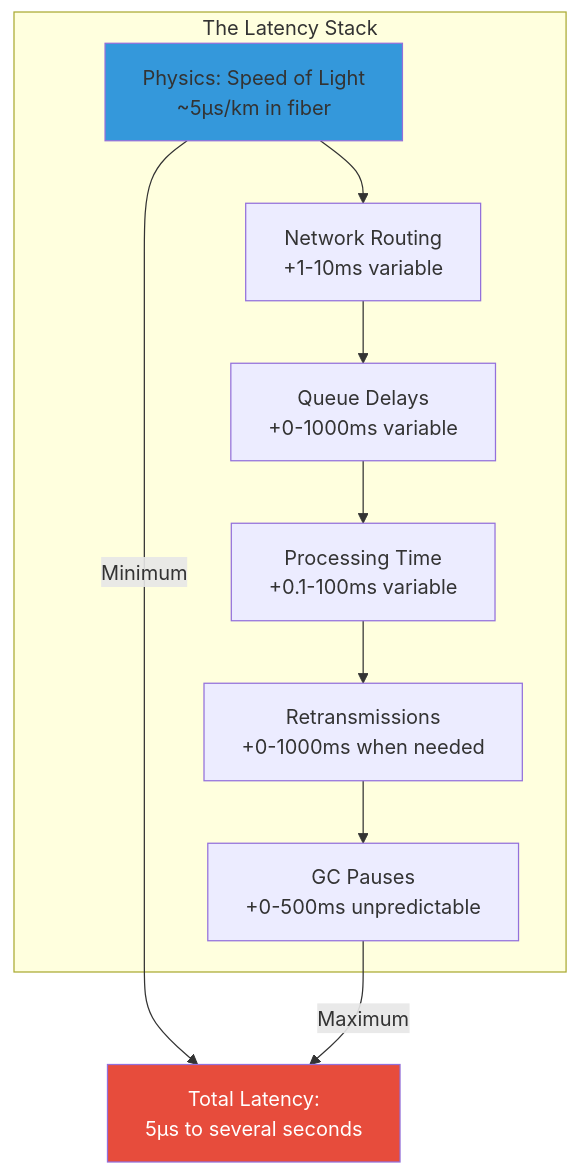
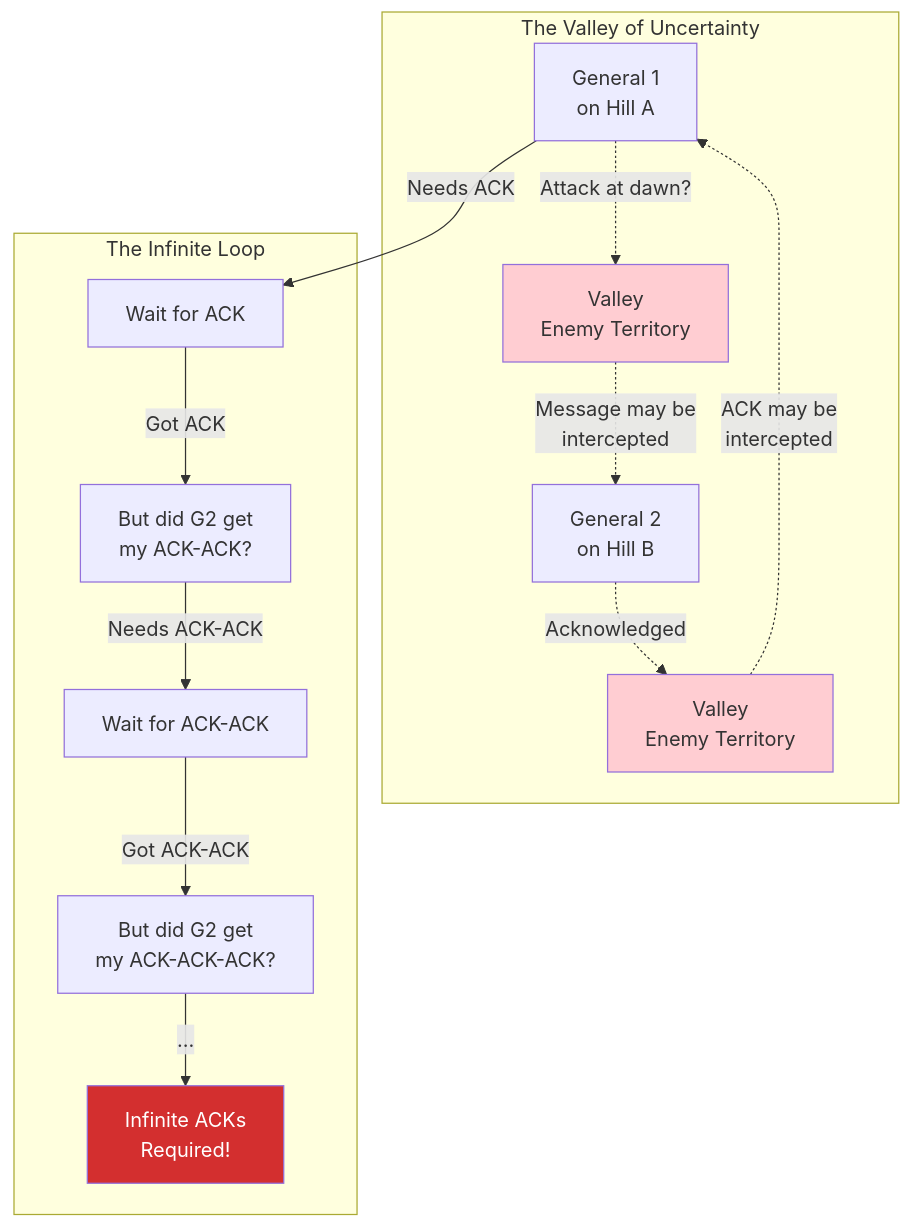
One commit to deepaucksharma/DStudio changed the first of 7 diagrams in docs/part1-axioms/law2-asynchrony/index.md. Above: the diagram before and after it, drawn with Mermaid. The commit also changed other lines of this file and 43 other files, not shown here.

````diff
--- a/docs/part1-axioms/law2-asynchrony/index.md
+++ b/docs/part1-axioms/law2-asynchrony/index.md
@@ -22,23 +53,21 @@
 ```mermaid
 graph TD
-    subgraph "The Latency Stack"
-        PHYSICS[Physics: Speed of Light<br/>~5μs/km in fiber]
-        ROUTING[Network Routing<br/>+1-10ms variable]
-        QUEUING[Queue Delays<br/>+0-1000ms variable]
-        PROCESSING[Processing Time<br/>+0.1-100ms variable]
-        RETRANS[Retransmissions<br/>+0-1000ms when needed]
-        GC[GC Pauses<br/>+0-500ms unpredictable]
+    subgraph "The Valley of Uncertainty"
+        G1[General 1<br/>on Hill A] -.->|"Attack at dawn?"| VALLEY[Valley<br/>Enemy Territory]
+        VALLEY -.->|Message may be<br/>intercepted| G2[General 2<br/>on Hill B]
+        G2 -.->|"Acknowledged"| VALLEY2[Valley<br/>Enemy Territory]
+        VALLEY2 -.->|ACK may be<br/>intercepted| G1
     end
     
-    PHYSICS --> ROUTING
-    ROUTING --> QUEUING
-    QUEUING --> PROCESSING
-    PROCESSING --> RETRANS
-    RETRANS --> GC
+    subgraph "The Infinite Loop"
+        G1 -->|Needs ACK| ACK1[Wait for ACK]
+        ACK1 -->|Got ACK| DOUBT1[But did G2 get<br/>my ACK-ACK?]
+        DOUBT1 -->|Needs ACK-ACK| ACK2[Wait for ACK-ACK]
+        ACK2 -->|Got ACK-ACK| DOUBT2[But did G2 get<br/>my ACK-ACK-ACK?]
+        DOUBT2 -->|...| INF[Infinite ACKs<br/>Required!]
+    end
     
-    PHYSICS -->|Minimum| TOTAL[Total Latency:<br/>5μs to several seconds]
-    GC -->|Maximum| TOTAL
-    
-    style PHYSICS fill:#3498db
-    style TOTAL fill:#e74c3c,color:#fff
+    style VALLEY fill:#ffcdd2
+    style VALLEY2 fill:#ffcdd2
+    style INF fill:#d32f2f,color:#fff
 ```
````
